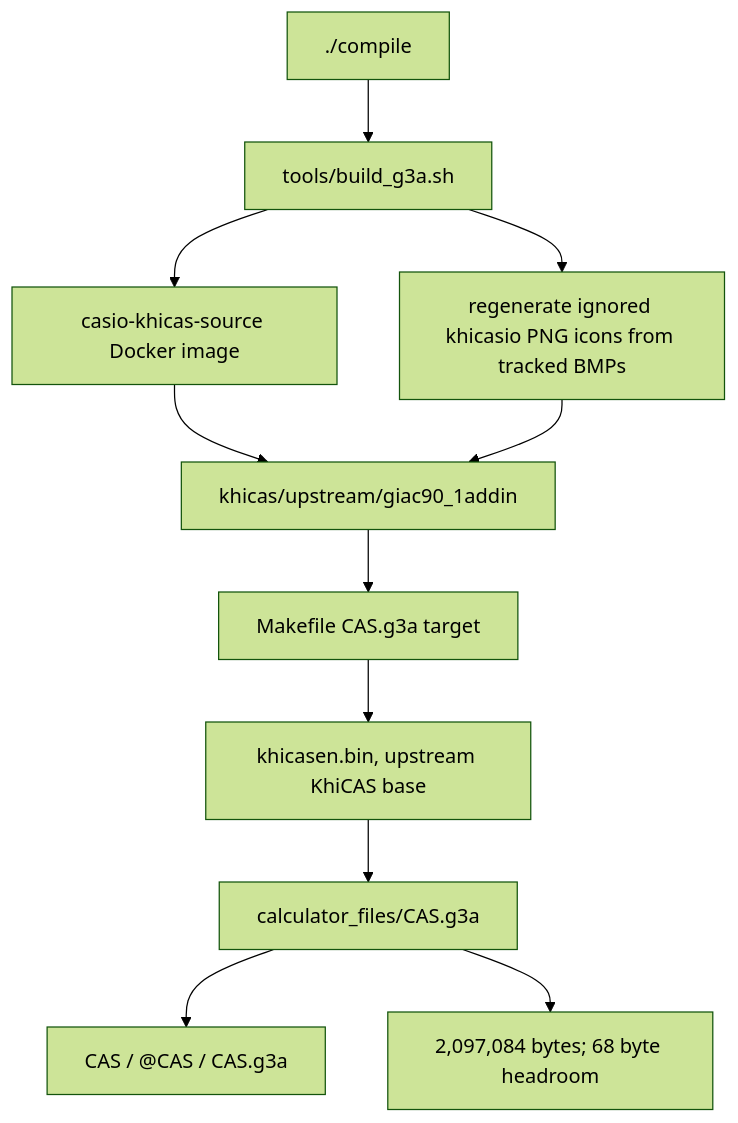
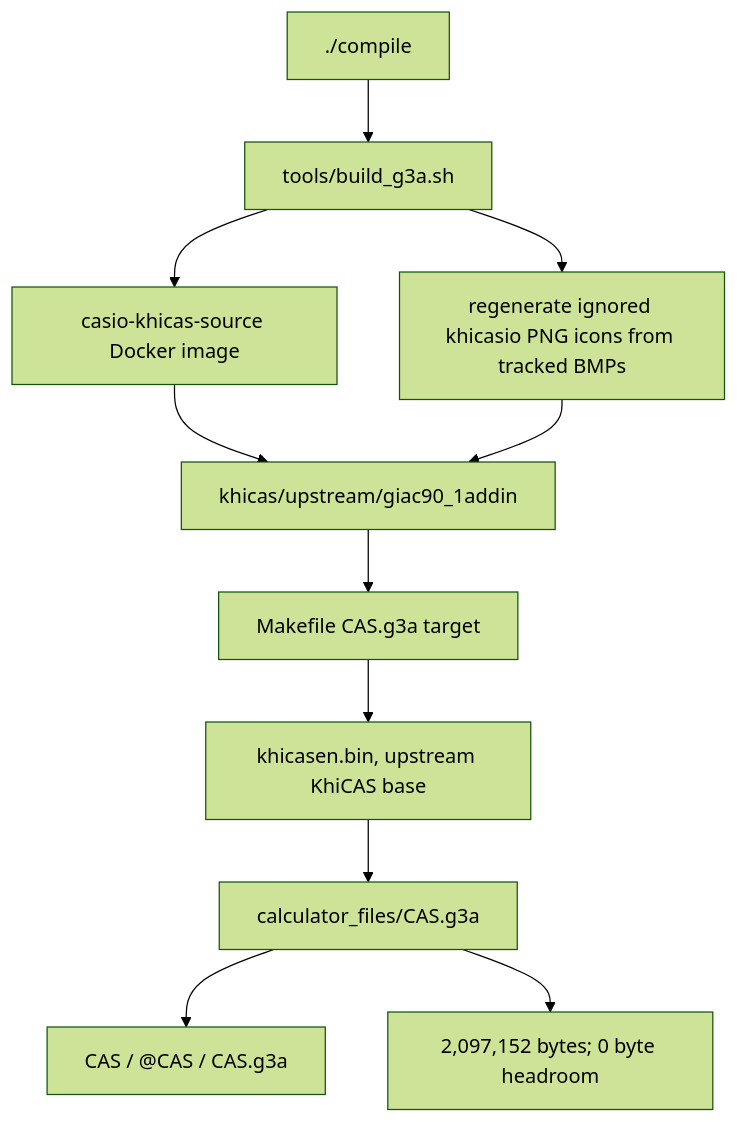
One commit to james8464/notes-addin-casio-fx-cg50 changed the first of 6 diagrams in docs/GRAPH.md. Above: the diagram before and after it, drawn with Mermaid (forest theme). The commit also changed other lines of this file and 4 other files, not shown here.

````diff
--- a/docs/GRAPH.md
+++ b/docs/GRAPH.md
@@ -7,13 +7,13 @@
 ```mermaid
 graph TD
   Compile["./compile"] --> Build["tools/build_g3a.sh"]
   Build --> Docker["casio-khicas-source Docker image"]
   Docker --> Src["khicas/upstream/giac90_1addin"]
   Build --> Icons["regenerate ignored khicasio PNG icons from tracked BMPs"]
   Icons --> Src
   Src --> Make["Makefile CAS.g3a target"]
   Make --> Bin["khicasen.bin, upstream KhiCAS base"]
   Bin --> G3A["calculator_files/CAS.g3a"]
   G3A --> Meta["CAS / @CAS / CAS.g3a"]
-  G3A --> Size["2,097,084 bytes; 68 byte headroom"]
+  G3A --> Size["2,097,152 bytes; 0 byte headroom"]
 ```
````
